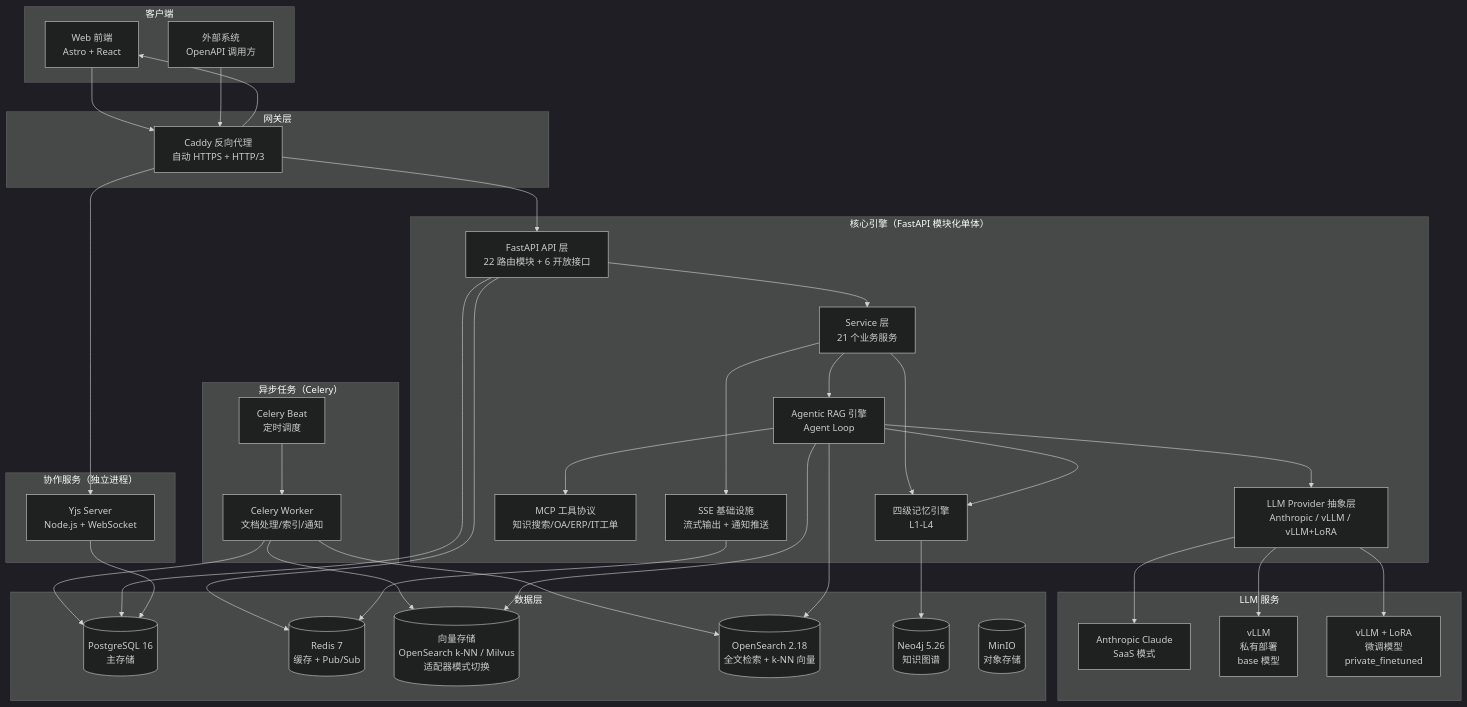
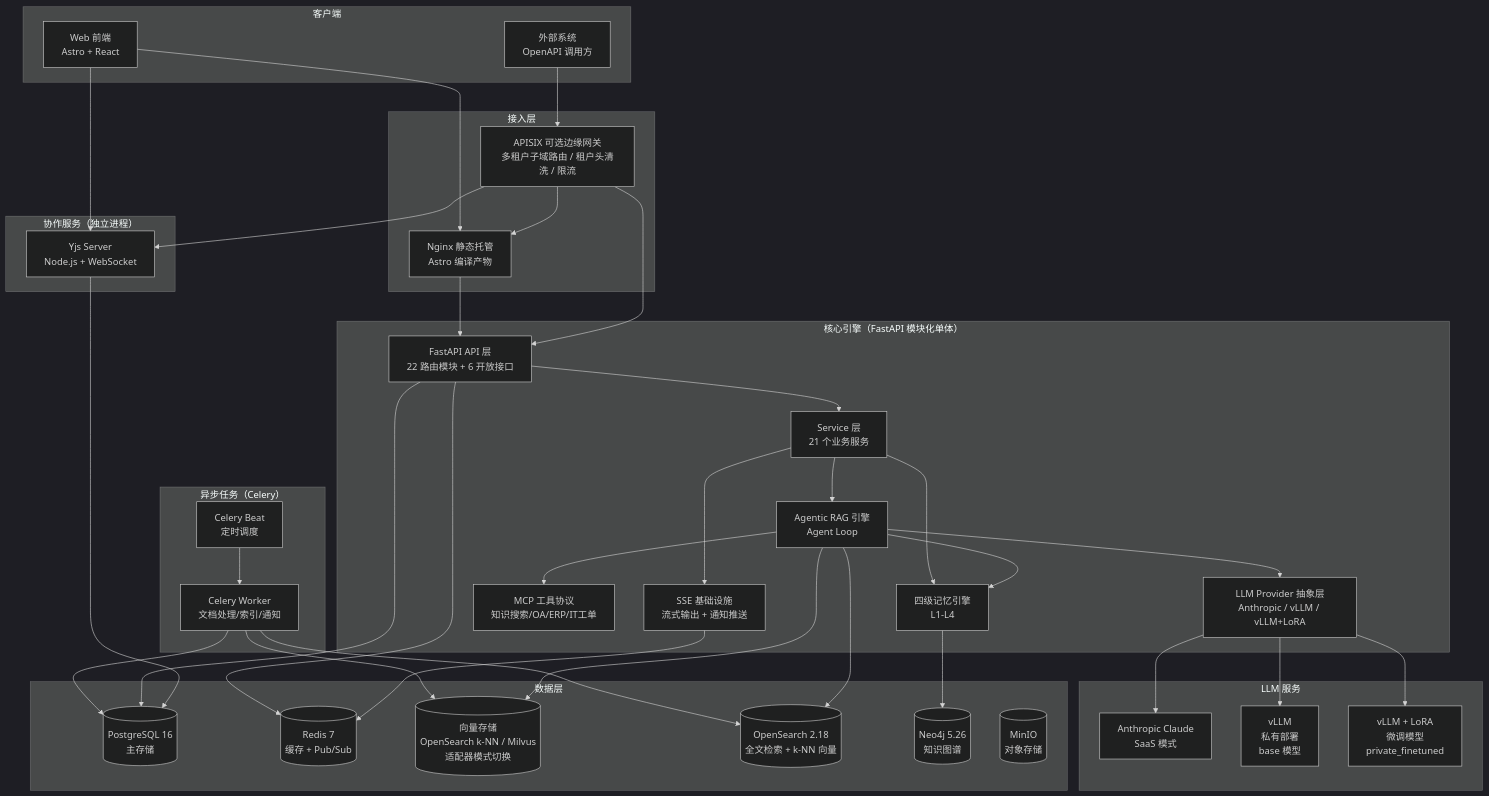
One commit to jamesfeng2009/KnowledgeBase changed the first of 5 diagrams in docs/architecture.md. Above: the diagram before and after it, drawn with Mermaid (dark theme). The commit also changed other lines of this file and 30 other files, not shown here.

````diff
--- a/docs/architecture.md
+++ b/docs/architecture.md
@@ -7,76 +7,79 @@
 ```mermaid
 graph TB
     subgraph "客户端"
         Web[Web 前端<br/>Astro + React]
         API_CLIENT[外部系统<br/>OpenAPI 调用方]
     end
 
-    subgraph "网关层"
-        CADDY[Caddy 反向代理<br/>自动 HTTPS + HTTP/3]
+    subgraph "接入层"
+        NGINX[Nginx 静态托管<br/>Astro 编译产物]
+        APISIX[APISIX 可选边缘网关<br/>多租户子域路由 / 租户头清洗 / 限流]
     end
 
     subgraph "核心引擎（FastAPI 模块化单体）"
         API[FastAPI API 层<br/>22 路由模块 + 6 开放接口]
         SERVICE[Service 层<br/>21 个业务服务]
         RAG[Agentic RAG 引擎<br/>Agent Loop]
         MEMORY[四级记忆引擎<br/>L1-L4]
         LLM_LAYER[LLM Provider 抽象层<br/>Anthropic / vLLM / vLLM+LoRA]
         MCP_LAYER[MCP 工具协议<br/>知识搜索/OA/ERP/IT工单]
         SSE_LAYER[SSE 基础设施<br/>流式输出 + 通知推送]
     end
 
     subgraph "异步任务（Celery）"
         WORKER[Celery Worker<br/>文档处理/索引/通知]
         BEAT[Celery Beat<br/>定时调度]
     end
 
     subgraph "协作服务（独立进程）"
         YJS[Yjs Server<br/>Node.js + WebSocket]
     end
 
     subgraph "数据层"
         PG[(PostgreSQL 16<br/>主存储)]
         REDIS[(Redis 7<br/>缓存 + Pub/Sub)]
         VEC_STORE[(向量存储<br/>OpenSearch k-NN / Milvus<br/>适配器模式切换)]
         OS[(OpenSearch 2.18<br/>全文检索 + k-NN 向量)]
         NEO4J[(Neo4j 5.26<br/>知识图谱)]
         MINIO[(MinIO<br/>对象存储)]
     end
 
     subgraph "LLM 服务"
         CLAUDE[Anthropic Claude<br/>SaaS 模式]
         VLLM[vLLM<br/>私有部署<br/>base 模型]
         VLLM_FT[vLLM + LoRA<br/>微调模型<br/>private_finetuned]
     end
 
-    Web --> CADDY
-    API_CLIENT --> CADDY
-    CADDY --> API
-    CADDY --> YJS
-    CADDY --> Web
+    Web --> NGINX
+    NGINX --> API
+    API_CLIENT --> APISIX
+    APISIX --> API
+    APISIX --> YJS
+    APISIX --> NGINX
+    Web --> YJS
 
     API --> SERVICE
     SERVICE --> RAG
     SERVICE --> MEMORY
     SERVICE --> SSE_LAYER
     RAG --> LLM_LAYER
     RAG --> MCP_LAYER
     RAG --> MEMORY
 
     WORKER --> PG
     WORKER --> VEC_STORE
     WORKER --> OS
 
     API --> PG
     API --> REDIS
     RAG --> VEC_STORE
     RAG --> OS
     MEMORY --> NEO4J
     LLM_LAYER --> CLAUDE
     LLM_LAYER --> VLLM
     LLM_LAYER --> VLLM_FT
 
     YJS --> PG
     SSE_LAYER --> REDIS
     BEAT --> WORKER
 ```
````
